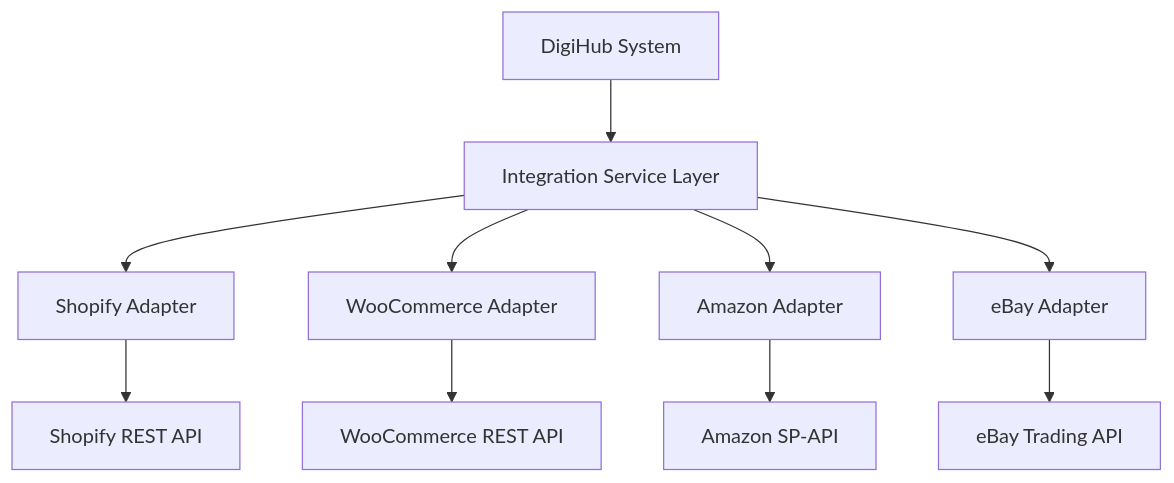
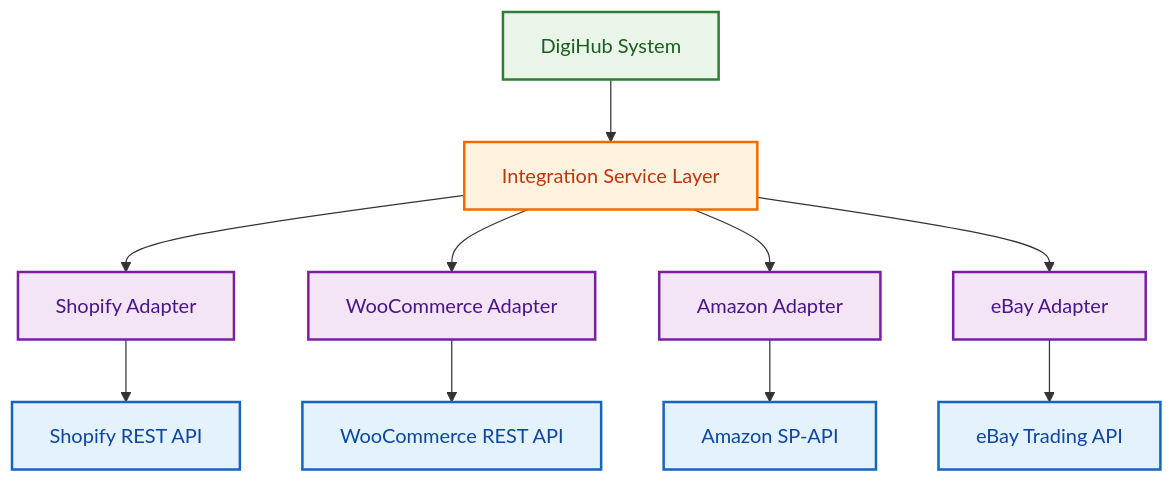
Before and after one commit to sandeepkumar0801/Digihub: the fourth of 44 diagrams in README.md, drawn with Mermaid. The commit also changed other lines of this file and 1 other file, not shown here.

````diff
--- a/README.md
+++ b/README.md
@@ -629,15 +737,23 @@
 ```mermaid
 graph TD
     A[DigiHub System] --> B[Integration Service Layer]
     B --> C[Shopify Adapter]
     B --> D[WooCommerce Adapter]
     B --> E[Amazon Adapter]
     B --> F[eBay Adapter]
 
     C --> G[Shopify REST API]
     D --> H[WooCommerce REST API]
     E --> I[Amazon SP-API]
     F --> J[eBay Trading API]
 
+    classDef core fill:#e8f5e8,stroke:#2e7d32,stroke-width:2px,color:#1b5e20
+    classDef integration fill:#fff3e0,stroke:#ef6c00,stroke-width:2px,color:#bf360c
+    classDef adapter fill:#f3e5f5,stroke:#7b1fa2,stroke-width:2px,color:#4a148c
+    classDef api fill:#e3f2fd,stroke:#1565c0,stroke-width:2px,color:#0d47a1
 
+    class A core
+    class B integration
+    class C,D,E,F adapter
+    class G,H,I,J api
 ```
````
